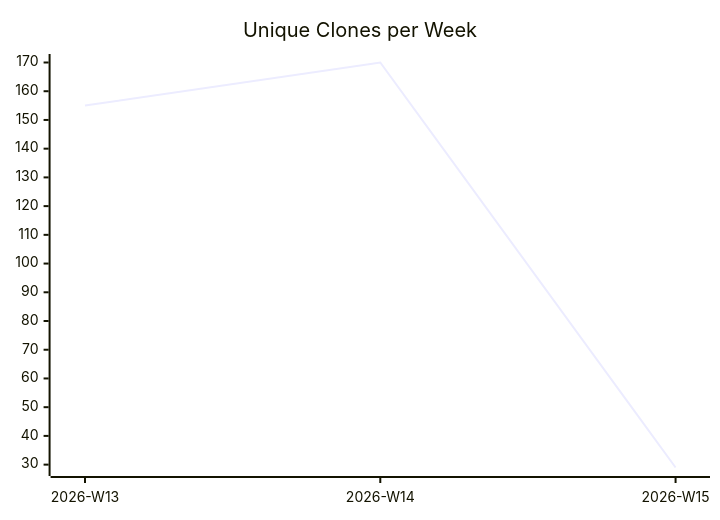
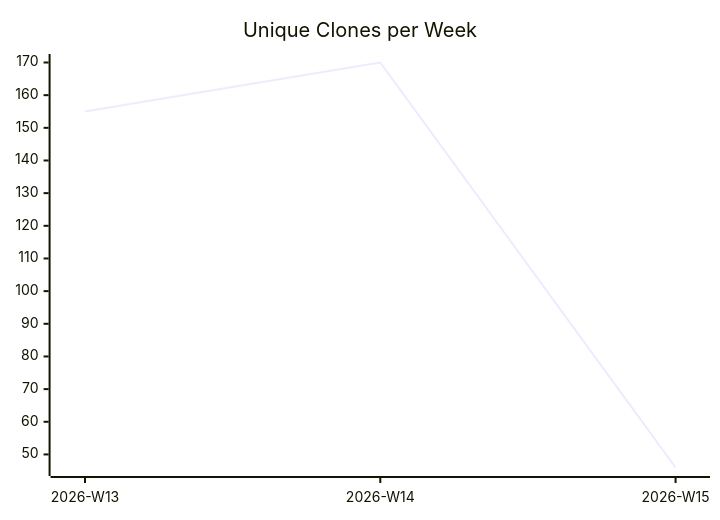
One commit to justdavis-family/github-analytics-data changed the third of 3 diagrams in karlmdavis/justdavis-finances/README.md. Above: the diagram before and after it, drawn with Mermaid. The commit also changed other lines of this file and 192 other files, not shown here.

````diff
--- a/karlmdavis/justdavis-finances/README.md
+++ b/karlmdavis/justdavis-finances/README.md
@@ -19,6 +19,6 @@
 ```mermaid
 xychart-beta
   title "Unique Clones per Week"
   x-axis ["2026-W13", "2026-W14", "2026-W15"]
-  line [155, 170, 29]
+  line [155, 170, 46]
 ```
````
